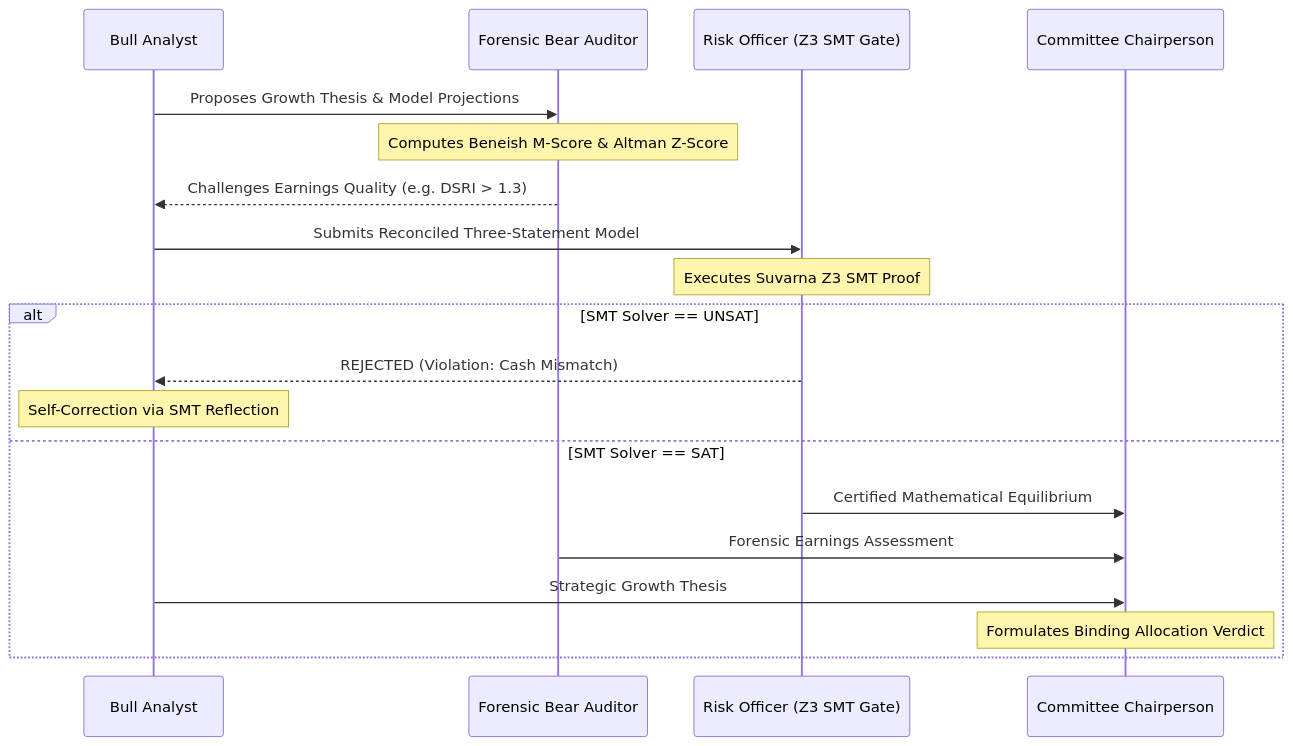
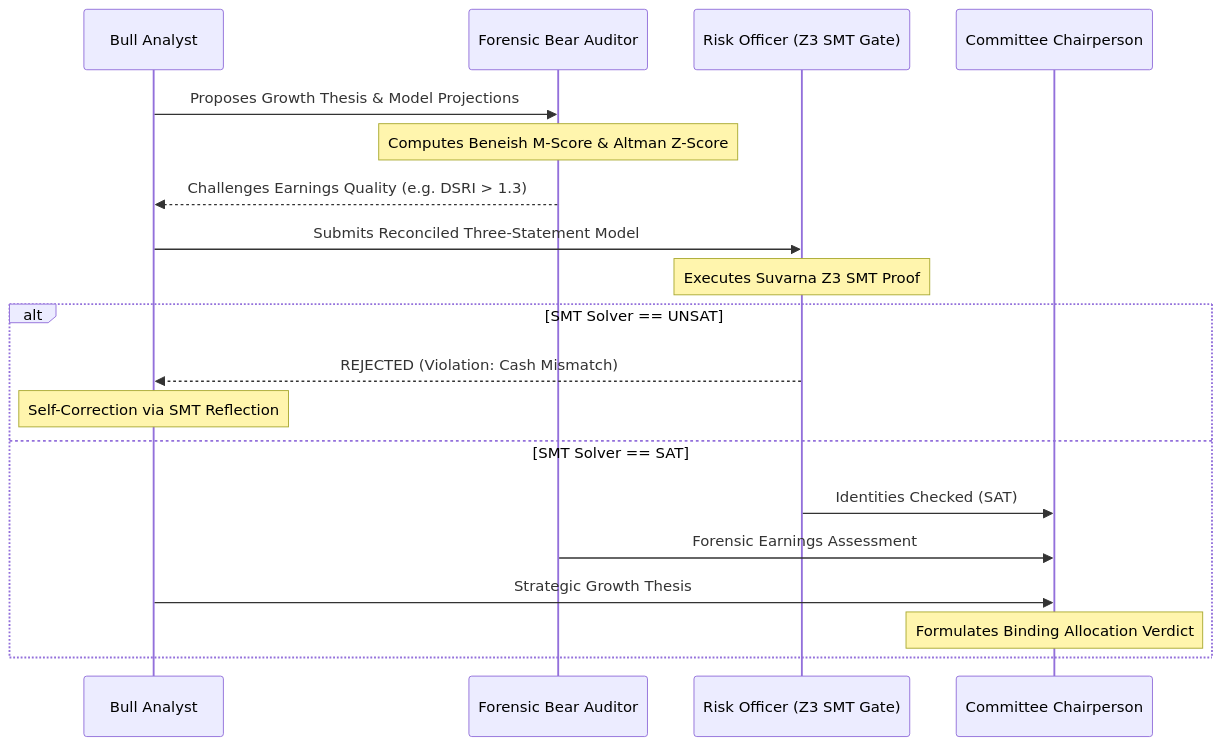
The diagram in docs/papers/01_framework_paper.md (MaxonT/lilavati), drawn with Mermaid before and after one commit. The commit also changed other lines of this file and 10 other files, not shown here.

First line of the commit message:
docs: econometrics/financial ML validation, roadmap 7F, tool-calling status

````diff
--- a/docs/papers/01_framework_paper.md
+++ b/docs/papers/01_framework_paper.md
@@ -246,22 +246,22 @@
 ```mermaid
 sequenceDiagram
     participant B as Bull Analyst
     participant F as Forensic Bear Auditor
     participant R as Risk Officer (Z3 SMT Gate)
     participant C as Committee Chairperson
 
     B->>F: Proposes Growth Thesis & Model Projections
     Note over F: Computes Beneish M-Score & Altman Z-Score
     F-->>B: Challenges Earnings Quality (e.g. DSRI > 1.3)
     B->>R: Submits Reconciled Three-Statement Model
     Note over R: Executes Suvarna Z3 SMT Proof
     alt SMT Solver == UNSAT
         R-->>B: REJECTED (Violation: Cash Mismatch)
         Note over B: Self-Correction via SMT Reflection
     else SMT Solver == SAT
-        R->>C: Certified Mathematical Equilibrium
+        R->>C: Identities Checked (SAT)
         F->>C: Forensic Earnings Assessment
         B->>C: Strategic Growth Thesis
         Note over C: Formulates Binding Allocation Verdict
     end
 ```
````
